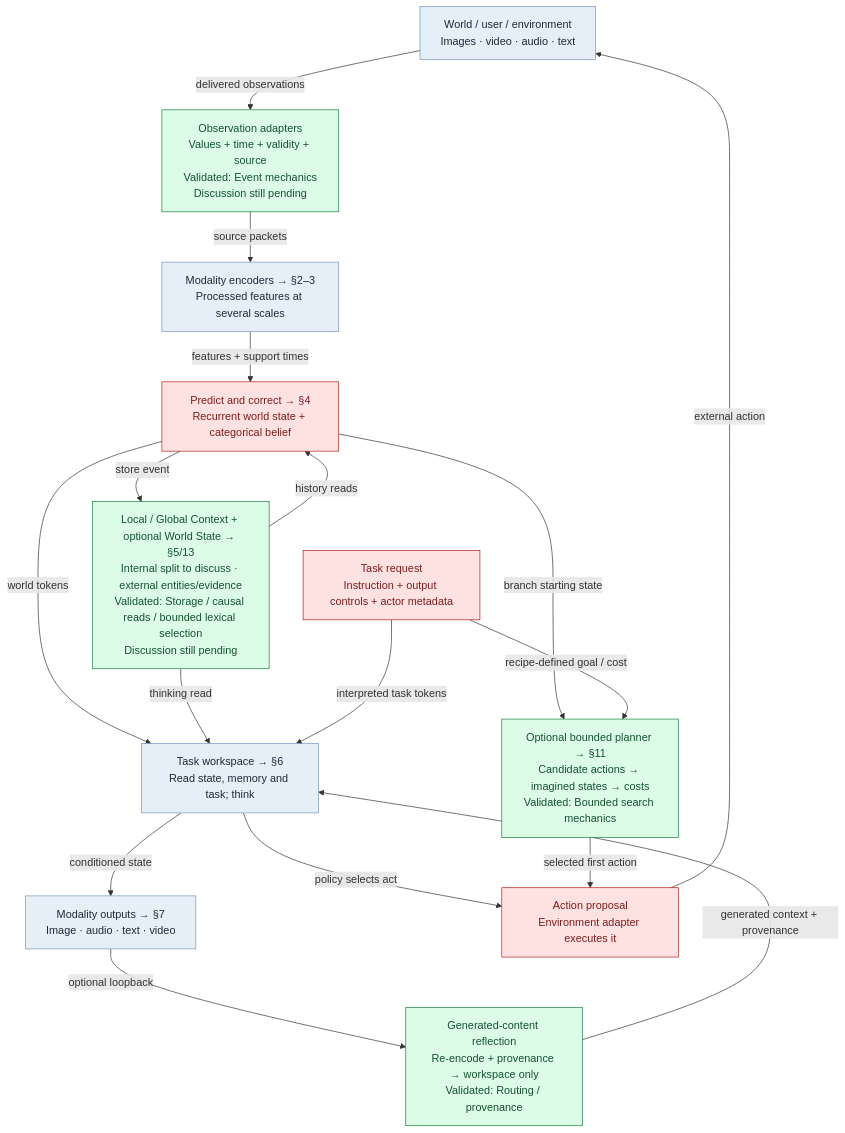
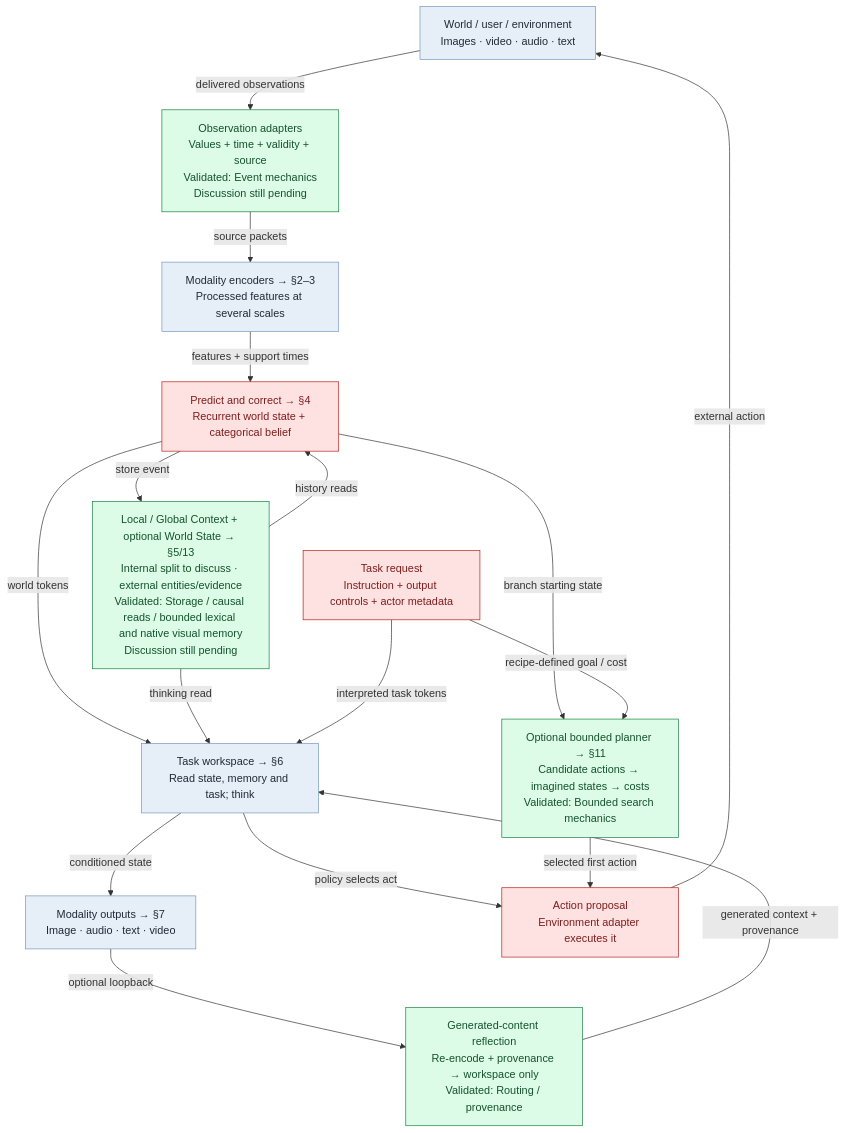
Before and after one commit to intrinsicD/path-wm: the first of 17 diagrams in docs/architecture-atlas.md, drawn with Mermaid. The commit also changed other lines of this file and 16 other files, not shown here.

Commit message:
Record qualified native visual memory and final-source reproduction

````diff
--- a/docs/architecture-atlas.md
+++ b/docs/architecture-atlas.md
@@ -39,44 +39,44 @@
 ```mermaid
 flowchart TB
     world["World / user / environment<br/>Images · video · audio · text"]
     class world discussion_discussed;
     input["Observation adapters<br/>Values + time + validity + source<br/>Validated: Event mechanics<br/>Discussion still pending"]
     class input discussion_validated;
     encode["Modality encoders → §2–3<br/>Processed features at several scales"]
     class encode discussion_discussed;
     belief["Predict and correct → §4<br/>Recurrent world state + categorical belief"]
     class belief discussion_needs_discussion;
-    memory["Local / Global Context + optional World State → §5/13<br/>Internal split to discuss · external entities/evidence<br/>Validated: Storage / causal reads / bounded lexical selection<br/>Discussion still pending"]
+    memory["Local / Global Context + optional World State → §5/13<br/>Internal split to discuss · external entities/evidence<br/>Validated: Storage / causal reads / bounded lexical and native visual memory<br/>Discussion still pending"]
     class memory discussion_validated;
     workspace["Task workspace → §6<br/>Read state, memory and task; think"]
     class workspace discussion_discussed;
     request["Task request<br/>Instruction + output controls + actor metadata"]
     class request discussion_needs_discussion;
     plan["Optional bounded planner → §11<br/>Candidate actions → imagined states → costs<br/>Validated: Bounded search mechanics"]
     class plan discussion_validated;
     emit["Modality outputs → §7<br/>Image · audio · text · video"]
     class emit discussion_discussed;
     act["Action proposal<br/>Environment adapter executes it"]
     class act discussion_needs_discussion;
     reflect["Generated-content reflection<br/>Re-encode + provenance → workspace only<br/>Validated: Routing / provenance"]
     class reflect discussion_validated;
     world -->|"delivered observations"| input
     input -->|"source packets"| encode
     encode -->|"features + support times"| belief
     belief -->|"store event"| memory
     memory -->|"history reads"| belief
     belief -->|"world tokens"| workspace
     memory -->|"thinking read"| workspace
     request -->|"interpreted task tokens"| workspace
     workspace -->|"conditioned state"| emit
     workspace -->|"policy selects act"| act
     belief -->|"branch starting state"| plan
     request -->|"recipe-defined goal / cost"| plan
     plan -->|"selected first action"| act
     act -->|"external action"| world
     emit -->|"optional loopback"| reflect
     reflect -->|"generated context + provenance"| workspace
     classDef discussion_discussed fill:#e6eef8,stroke:#7696bc,color:#202a36;
     classDef discussion_needs_discussion fill:#fee2e2,stroke:#b91c1c,color:#7f1d1d;
     classDef discussion_validated fill:#dcfce7,stroke:#15803d,color:#14532d;
 ```
````
